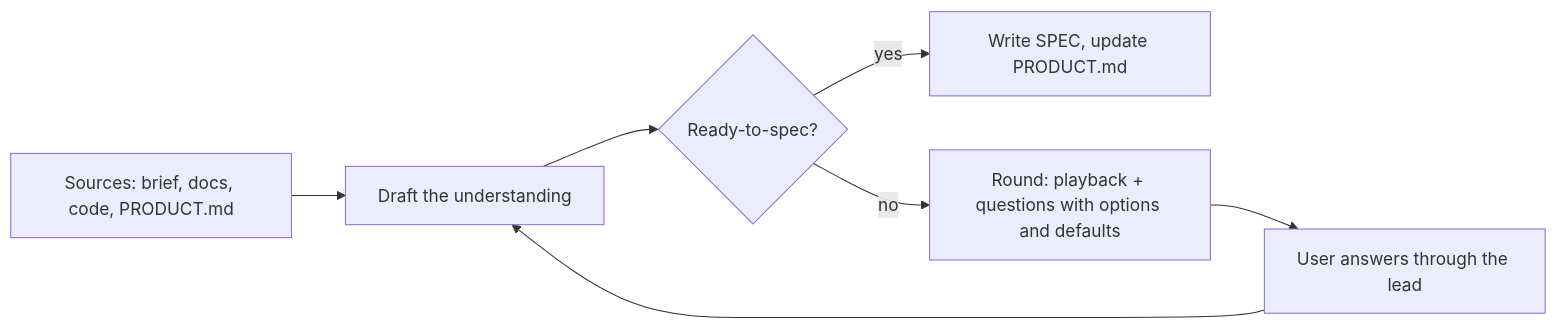
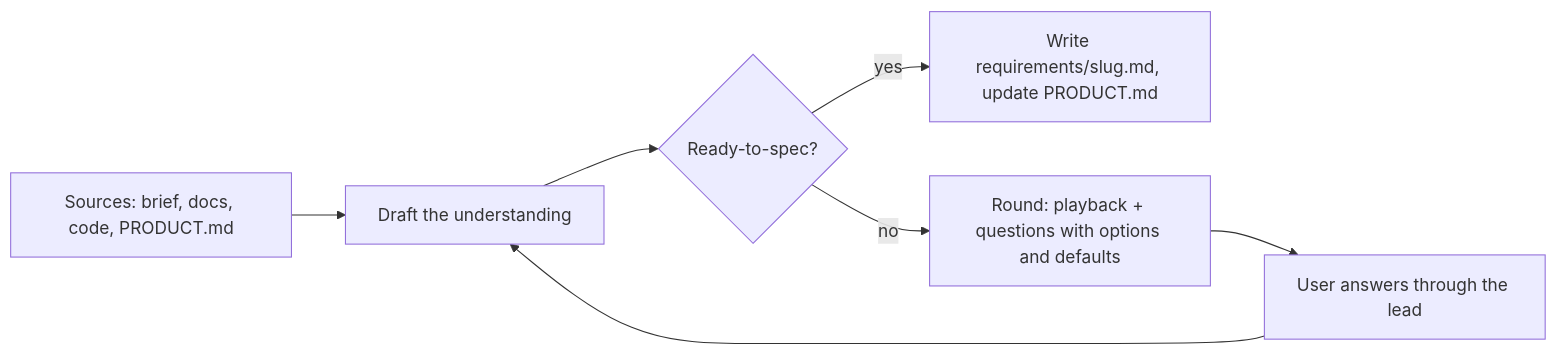
The diagram in skills/business-analysis/SKILL.md (Tuan-Quyen/technical-teams), drawn with Mermaid before and after one commit. The commit also changed other lines of this file and 69 other files, not shown here.

````diff
--- a/skills/business-analysis/SKILL.md
+++ b/skills/business-analysis/SKILL.md
@@ -27,9 +27,9 @@
 ```mermaid
 flowchart LR
   A[Sources: brief, docs, code, PRODUCT.md] --> B[Draft the understanding]
   B --> C{Ready-to-spec?}
-  C -- yes --> S[Write SPEC, update PRODUCT.md]
+  C -- yes --> S[Write requirements/slug.md, update PRODUCT.md]
   C -- no --> Q[Round: playback + questions with options and defaults]
   Q --> U[User answers through the lead]
   U --> B
 ```
````
